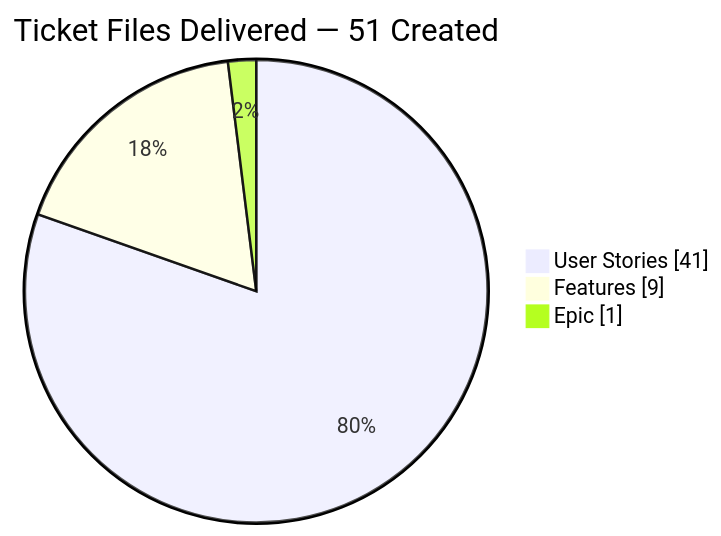
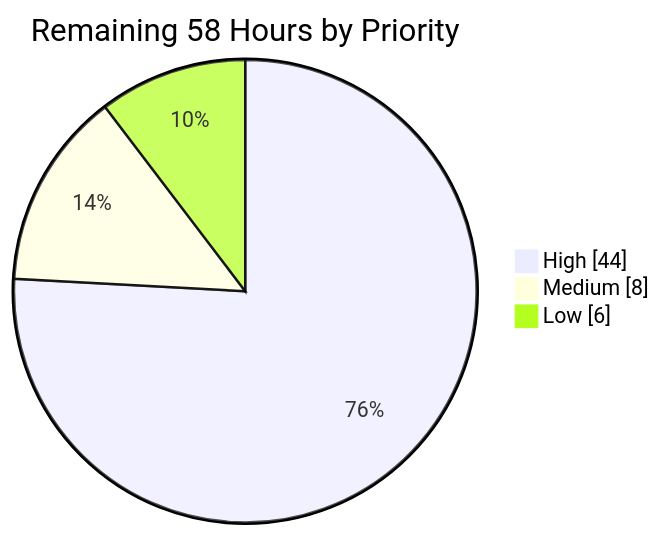
One commit to Blitzy-Sandbox/blitzy-odoo changed the fourth of 5 diagrams in blitzy/documentation/Project Guide.md. Above: the diagram before and after it, drawn with Mermaid. The commit also changed other lines of this file, not shown here.

Commit message:
Adding Blitzy Project Guide: Project Status and Human Tasks Remaining

````diff
--- a/blitzy/documentation/Project Guide.md
+++ b/blitzy/documentation/Project Guide.md
@@ -255,6 +255,6 @@
 ```mermaid
-pie showData title Ticket Files Delivered — 51 Created
-    "User Stories" : 41
-    "Features" : 9
-    "Epic" : 1
+pie showData title Remaining 58 Hours by Priority
+    "High" : 44
+    "Medium" : 8
+    "Low" : 6
 ```
````
